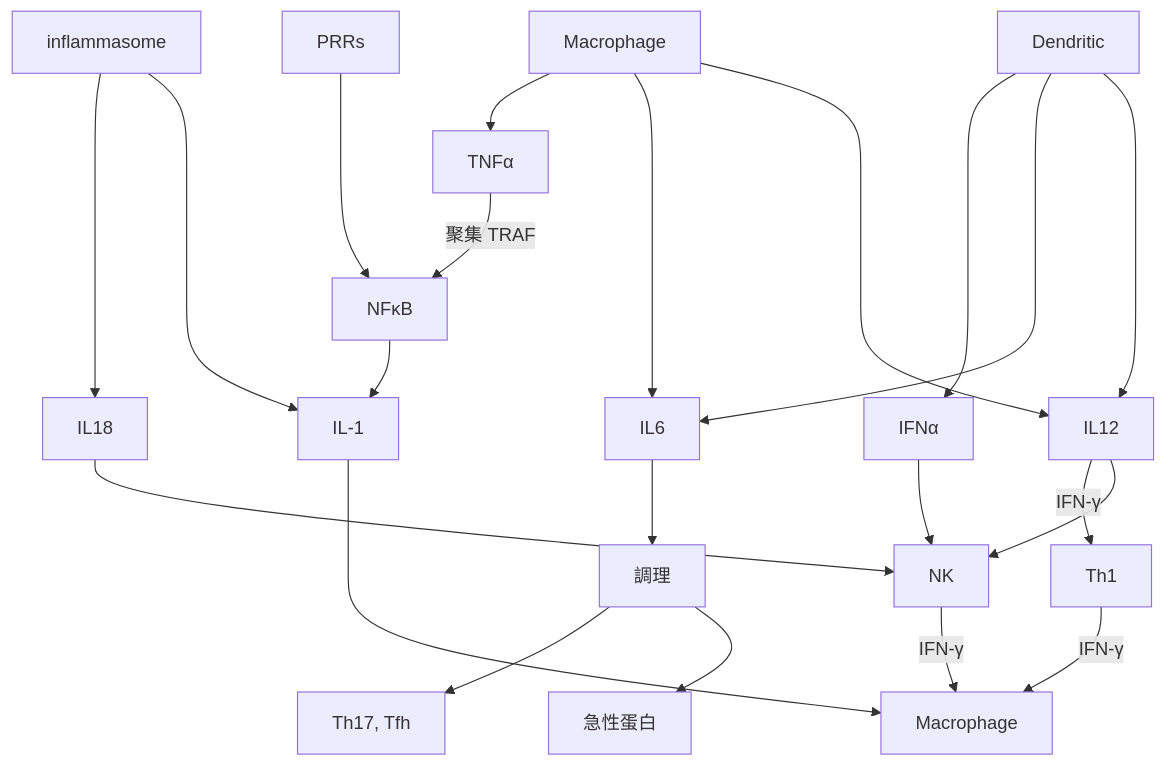
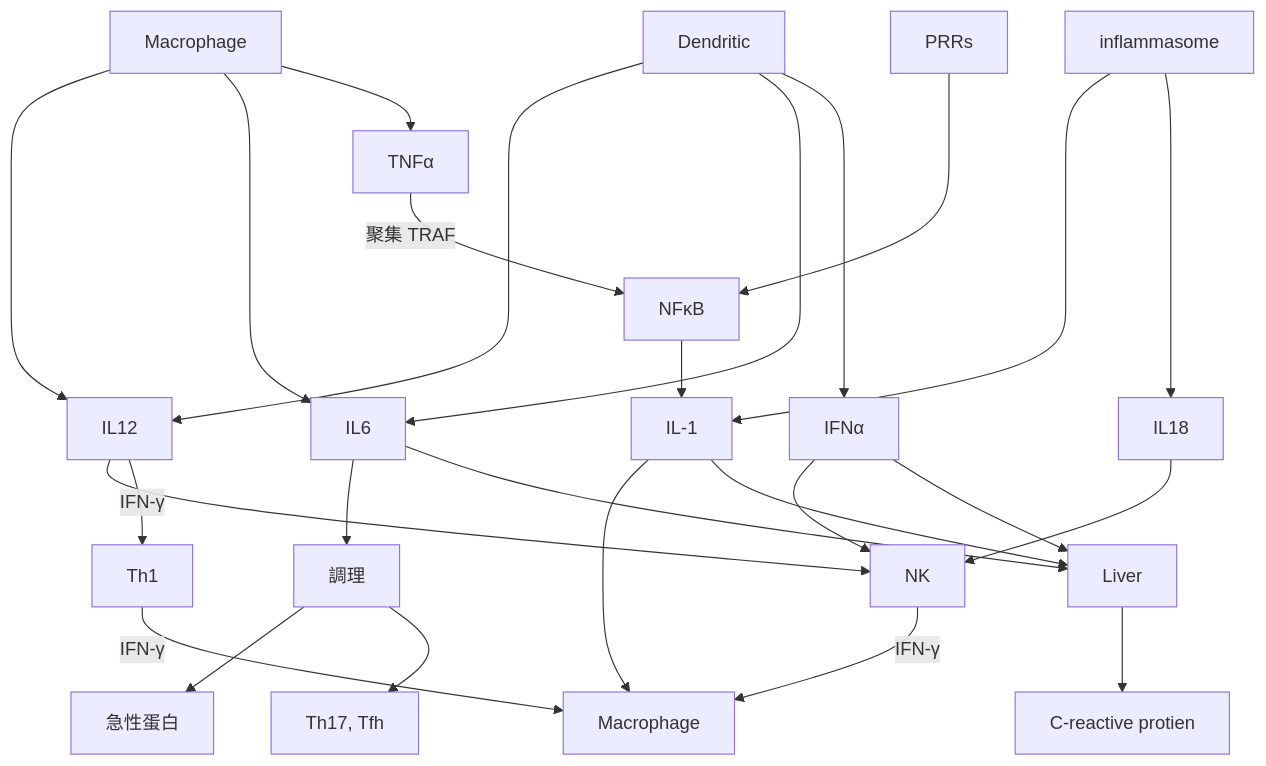
Before and after one commit to hsiu-chan/notebook: the diagram in notes/三上/微免.md, drawn with Mermaid. The commit also changed other lines of this file and 38 other files, not shown here.

````diff
--- a/notes/三上/微免.md
+++ b/notes/三上/微免.md
@@ -3378,28 +3423,30 @@
 ```mermaid
 
 graph TD 
 
 m[Macrophage]
 d[Dendritic]
 
 m & d---->12[IL12]-->nk[NK]-->|"IFN-&gamma;"|m1[Macrophage]
 12-->|"IFN-&gamma;"|th1[Th1]-->|"IFN-&gamma;"|m1
 
 
 m & d ---->6[IL6]-->c[調理]-->ep[急性蛋白]
 c-->t17[Th17, Tfh]
 
 prr[PRRs]---> k -->1[IL-1]--->m1
 
 m-->al["TNF&alpha;"]-->|聚集 TRAF|k["NF&kappa;"B]
 
 
 
 
 d-->ia["IFN&alpha;"]-->nk[NK]
 
 18[IL18]-->nk
 
 inflammasome[inflammasome]---->1 & 18
 
+1 & 6 & ia-->Li[Liver] --> cr[C-reactive protien]
+
 ```
````
